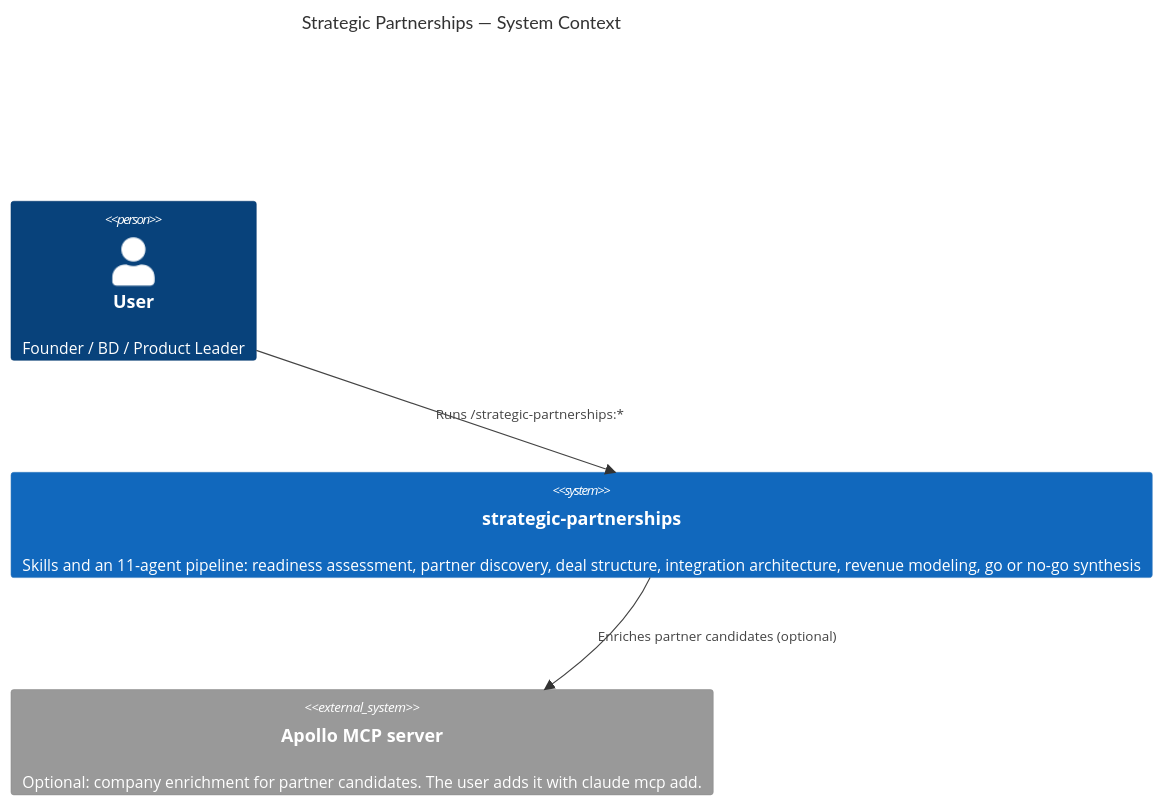
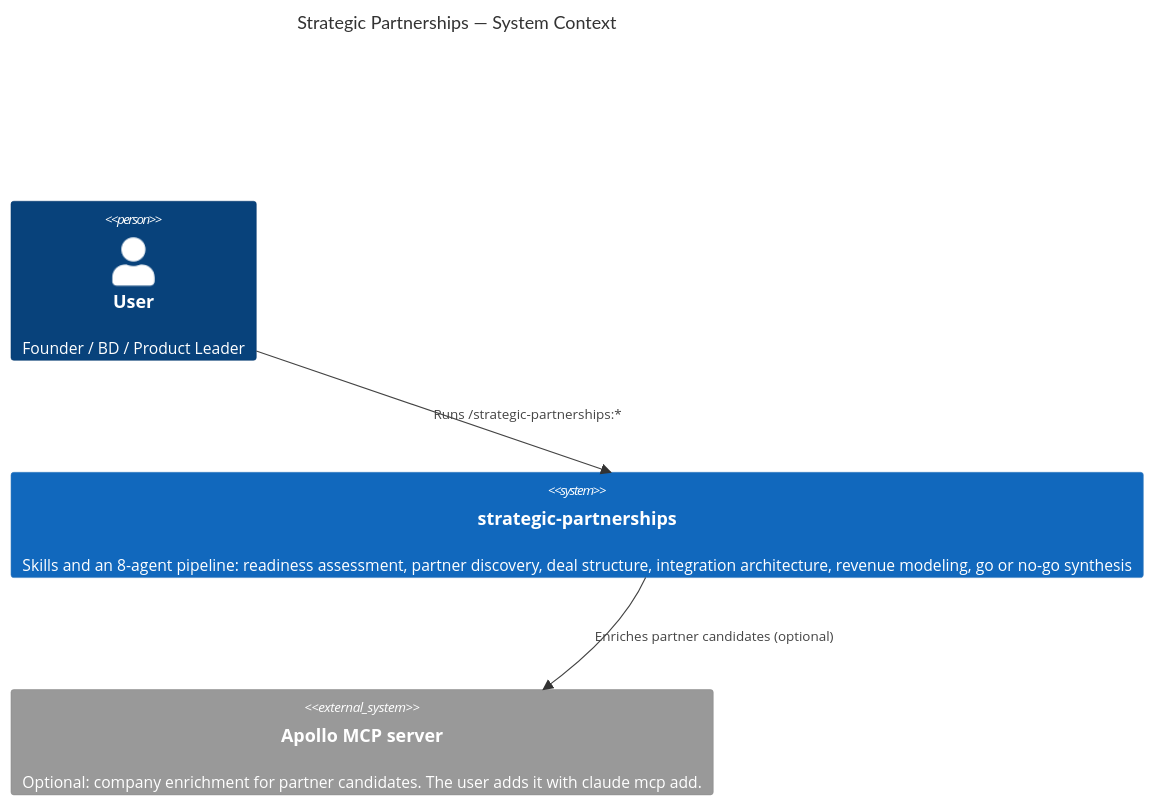
Before and after one commit to ai-advanced-futures/cc-plugins: the first of 2 diagrams in plugins/strategic-partnerships/docs/diagrams/strategic-partnerships-c4.md, drawn with Mermaid. The commit also changed other lines of this file and 29 other files, not shown here.

````diff
--- a/plugins/strategic-partnerships/docs/diagrams/strategic-partnerships-c4.md
+++ b/plugins/strategic-partnerships/docs/diagrams/strategic-partnerships-c4.md
@@ -5,9 +5,9 @@
 ```mermaid
 C4Context
     title Strategic Partnerships — System Context
     Person(user, "User", "Founder / BD / Product Leader")
-    System(sp, "strategic-partnerships", "Skills and an 11-agent pipeline: readiness assessment, partner discovery, deal structure, integration architecture, revenue modeling, go or no-go synthesis")
+    System(sp, "strategic-partnerships", "Skills and an 8-agent pipeline: readiness assessment, partner discovery, deal structure, integration architecture, revenue modeling, go or no-go synthesis")
     System_Ext(apollo, "Apollo MCP server", "Optional: company enrichment for partner candidates. The user adds it with claude mcp add.")
     Rel(user, sp, "Runs /strategic-partnerships:*")
     Rel(sp, apollo, "Enriches partner candidates (optional)")
 ```
````
